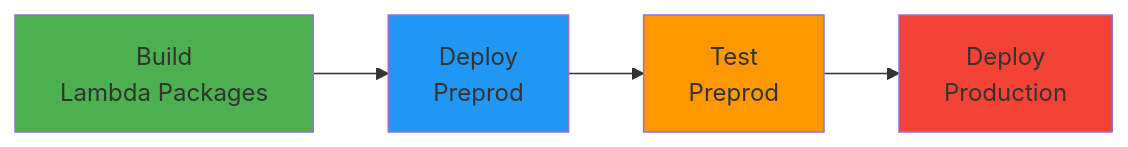
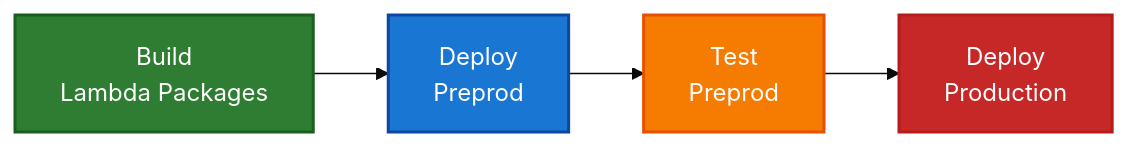
Before and after one commit to traylorre/sentiment-analyzer-gsk: the first of 4 diagrams in README.md, drawn with Mermaid. The commit also changed other lines of this file and 1 other file, not shown here.

First line of the commit message:
docs: Improve mermaid diagram accessibility and color contrast

````diff
--- a/README.md
+++ b/README.md
@@ -27,11 +27,17 @@
 ```mermaid
+%%{init: {'theme':'base', 'themeVariables': {'fontSize':'16px'}}}%%
 graph LR
     Build[Build<br/>Lambda Packages] --> DeployPreprod[Deploy<br/>Preprod]
     DeployPreprod --> TestPreprod[Test<br/>Preprod]
     TestPreprod --> DeployProd[Deploy<br/>Production]
 
-    style Build fill:#4CAF50
-    style DeployPreprod fill:#2196F3
-    style TestPreprod fill:#FF9800
-    style DeployProd fill:#F44336
+    classDef buildStep fill:#2e7d32,stroke:#1b5e20,stroke-width:2px,color:#fff
+    classDef deployStep fill:#1976d2,stroke:#0d47a1,stroke-width:2px,color:#fff
+    classDef testStep fill:#f57c00,stroke:#e65100,stroke-width:2px,color:#fff
+    classDef prodStep fill:#c62828,stroke:#b71c1c,stroke-width:2px,color:#fff
+
+    class Build buildStep
+    class DeployPreprod deployStep
+    class TestPreprod testStep
+    class DeployProd prodStep
 ```
````
